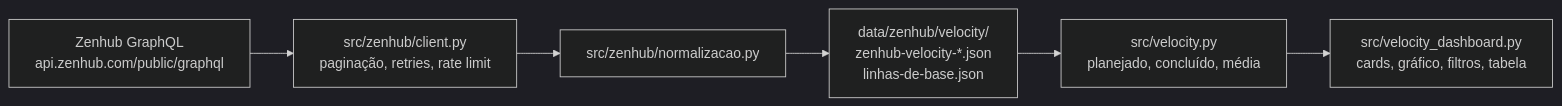
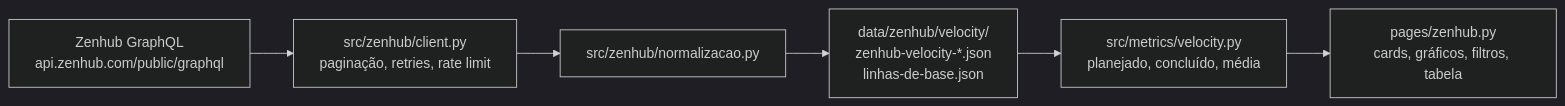
Before and after one commit to fga-eps-mds/2026.2-MeasureSoftGram-DOC: the diagram in docs/metricas/velocity-zenhub.mdx, drawn with Mermaid (dark theme). The commit also changed 61 other files, not shown here.

````diff
--- a/docs/metricas/velocity-zenhub.mdx
+++ b/docs/metricas/velocity-zenhub.mdx
@@ -16,8 +16,8 @@
 ```mermaid
 flowchart LR
   API["Zenhub GraphQL<br/>api.zenhub.com/public/graphql"] --> CLI["src/zenhub/client.py<br/>paginação, retries, rate limit"]
   CLI --> NORM["src/zenhub/normalizacao.py"]
   NORM --> SNAP["data/zenhub/velocity/<br/>zenhub-velocity-*.json<br/>linhas-de-base.json"]
-  SNAP --> CALC["src/velocity.py<br/>planejado, concluído, média"]
-  CALC --> DASH["src/velocity_dashboard.py<br/>cards, gráfico, filtros, tabela"]
+  SNAP --> CALC["src/metrics/velocity.py<br/>planejado, concluído, média"]
+  CALC --> DASH["pages/zenhub.py<br/>cards, gráficos, filtros, tabela"]
 ```
````
